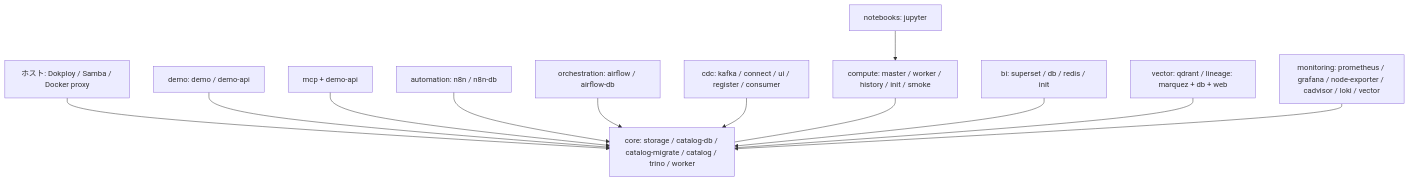
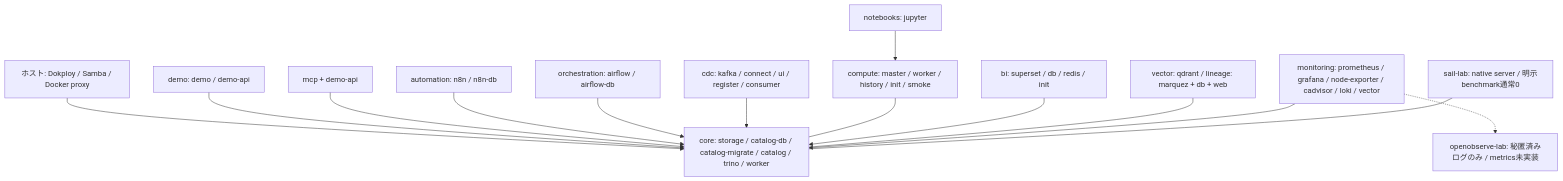
Before and after one commit to hiromura16/lakehouse-foundation: the diagram in docs/reports/mermaid/01-platform-detail.mmd, drawn with Mermaid. The commit also changed 72 other files, not shown here.

```diff
--- a/docs/reports/mermaid/01-platform-detail.mmd
+++ b/docs/reports/mermaid/01-platform-detail.mmd
@@ -1,12 +1,14 @@
 flowchart TB
   Host["ホスト: Dokploy / Samba / Docker proxy"] --> Core["core: storage / catalog-db / catalog-migrate / catalog / trino / worker"]
   GUI["demo: demo / demo-api"] --> Core
   MCP["mcp + demo-api"] --> Core
   N8N["automation: n8n / n8n-db"] --> Core
   AF["orchestration: airflow / airflow-db"] --> Core
   CDC["cdc: kafka / connect / ui / register / consumer"] --> Core
   Compute["compute: master / worker / history / init / smoke"] --- Core
   NB["notebooks: jupyter"] --> Compute
   BI["bi: superset / db / redis / init"] --> Core
   Extra["vector: qdrant / lineage: marquez + db + web"] --- Core
   Mon["monitoring: prometheus / grafana / node-exporter / cadvisor / loki / vector"] --> Core
+  Mon -.-> OO["openobserve-lab: 秘匿済みログのみ / metrics未実装"]
+  Sail["sail-lab: native server / 明示benchmark通常0"] --- Core
```
